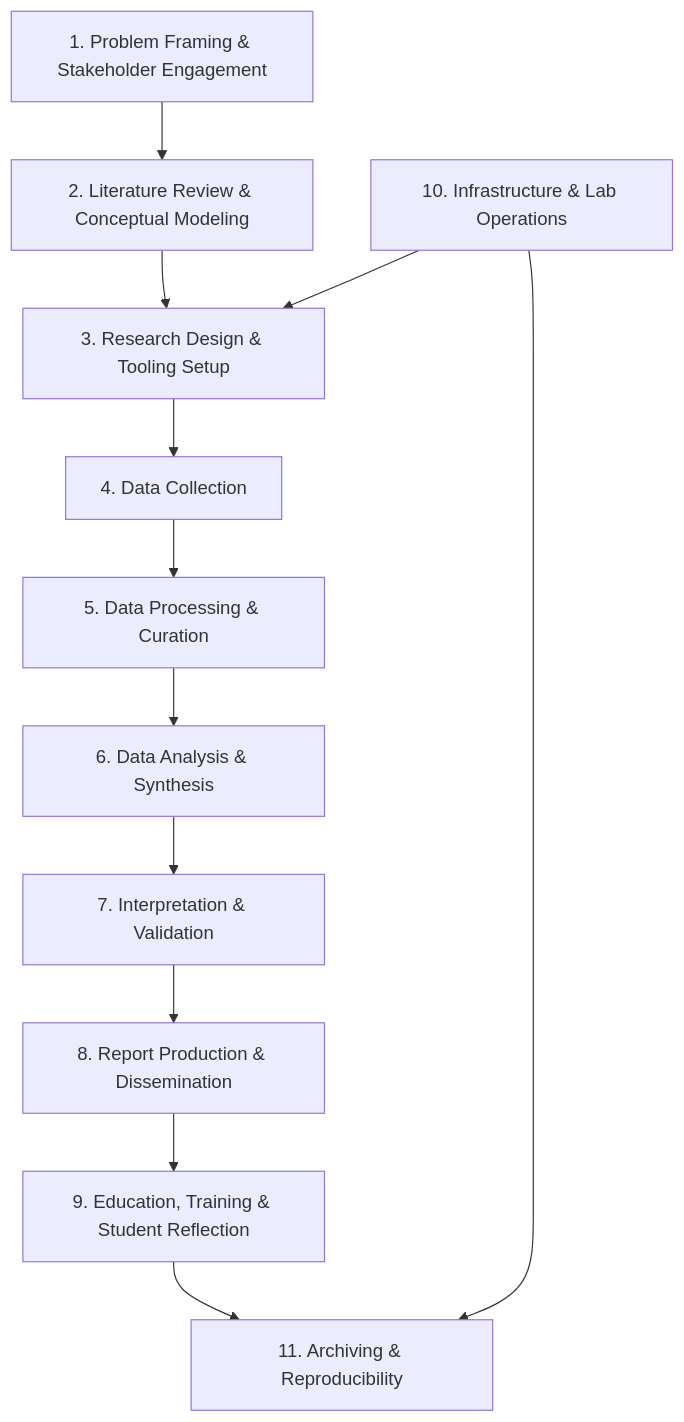
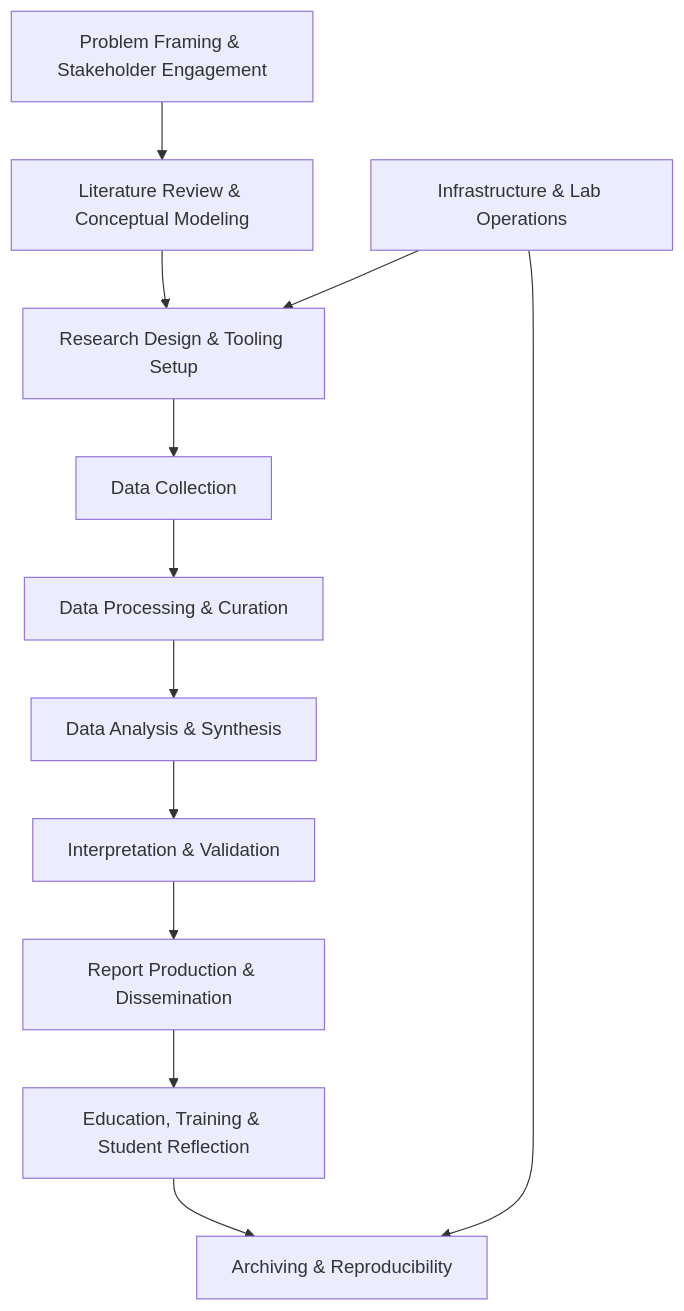
The first of 3 diagrams in README.md (Value-Chain-Hackers/VCH-Infra), drawn with Mermaid before and after one commit.

````diff
--- a/README.md
+++ b/README.md
@@ -62,26 +62,27 @@
 ```mermaid
-flowchart TD
-    A[1. Problem Framing & Stakeholder Engagement]
-    B[2. Literature Review & Conceptual Modeling]
-    C[3. Research Design & Tooling Setup]
-    D[4. Data Collection]
-    E[5. Data Processing & Curation]
-    F[6. Data Analysis & Synthesis]
-    G[7. Interpretation & Validation]
-    H[8. Report Production & Dissemination]
-    I[9. Education, Training & Student Reflection]
-    J[10. Infrastructure & Lab Operations]
-    K[11. Archiving & Reproducibility]
+graph TD
+    A[Problem Framing & Stakeholder Engagement]
+    B[Literature Review & Conceptual Modeling]
+    C[Research Design & Tooling Setup]
+    D[Data Collection]
+    E[Data Processing & Curation]
+    F[Data Analysis & Synthesis]
+    G[Interpretation & Validation]
+    H[Report Production & Dissemination]
+    I[Education, Training & Student Reflection]
+    J[Infrastructure & Lab Operations]
+    K[Archiving & Reproducibility]
 
     A --> B
     B --> C
     C --> D
     D --> E
     E --> F
     F --> G
     G --> H
     H --> I
     I --> K
     J --> C
     J --> K
+
 ```
````
